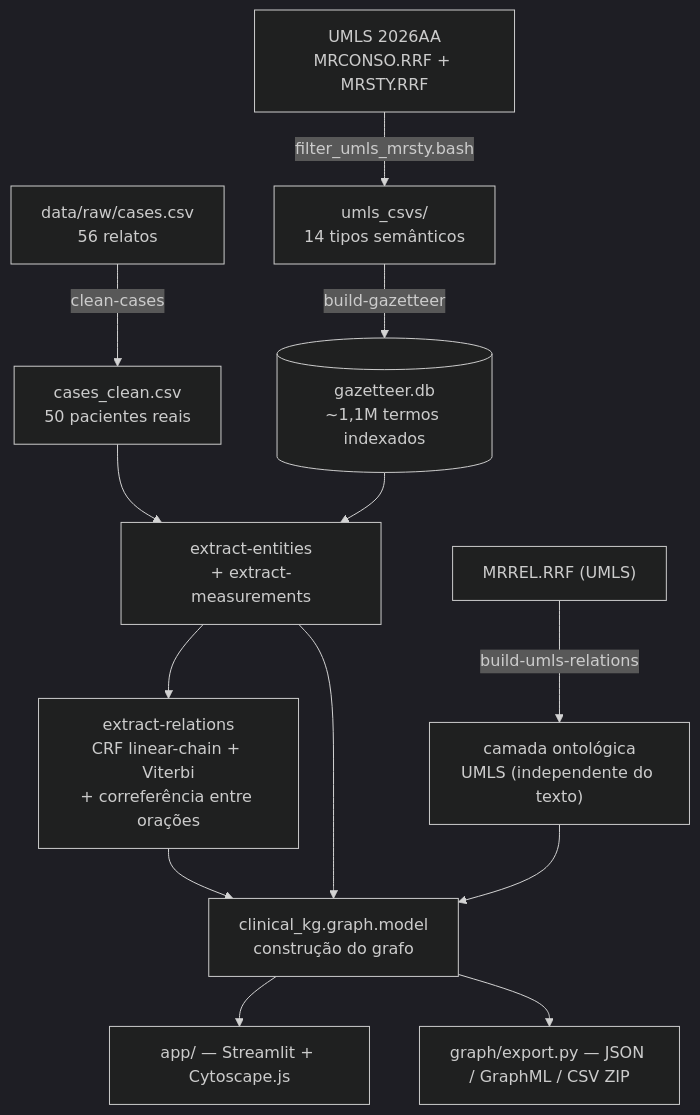
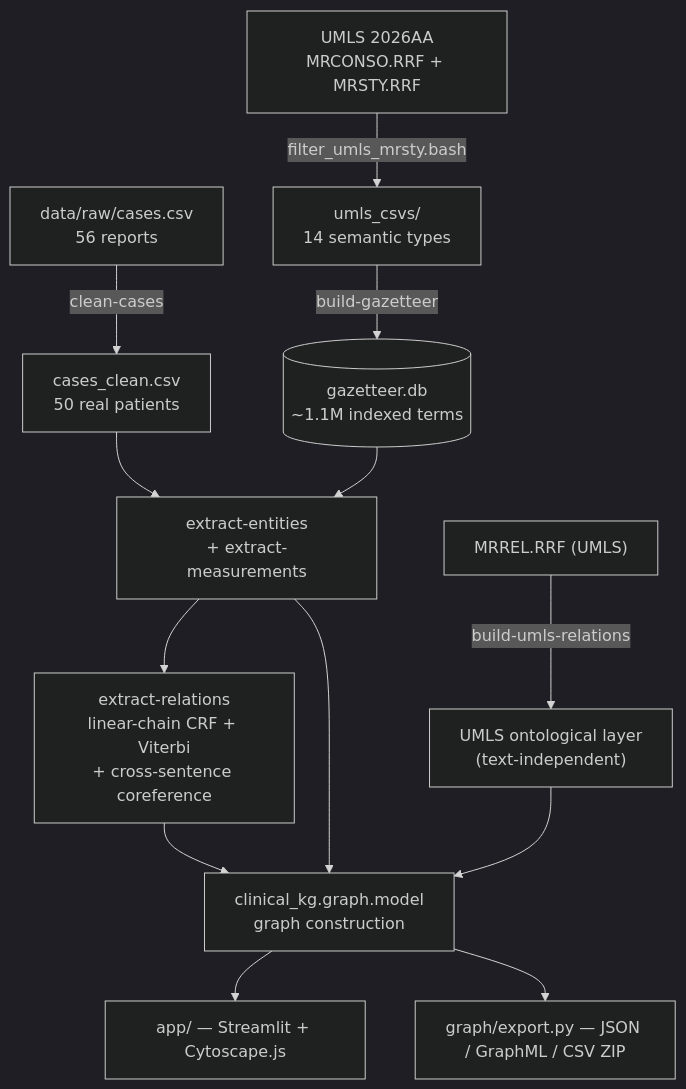
Before and after one commit to JaocHatter/Projeto-de-Natural-Language-Processing---Knowledge-Graph: the diagram in README.md, drawn with Mermaid (dark theme). The commit also changed other lines of this file and 1 other file, not shown here.

````diff
--- a/README.md
+++ b/README.md
@@ -15,15 +53,15 @@
 ```mermaid
 flowchart TD
-    A["data/raw/cases.csv<br/>56 relatos"] -->|clean-cases| B["cases_clean.csv<br/>50 pacientes reais"]
-    U1["UMLS 2026AA<br/>MRCONSO.RRF + MRSTY.RRF"] -->|filter_umls_mrsty.bash| U2["umls_csvs/<br/>14 tipos semânticos"]
-    U2 -->|build-gazetteer| G[("gazetteer.db<br/>~1,1M termos indexados")]
+    A["data/raw/cases.csv<br/>56 reports"] -->|clean-cases| B["cases_clean.csv<br/>50 real patients"]
+    U1["UMLS 2026AA<br/>MRCONSO.RRF + MRSTY.RRF"] -->|filter_umls_mrsty.bash| U2["umls_csvs/<br/>14 semantic types"]
+    U2 -->|build-gazetteer| G[("gazetteer.db<br/>~1.1M indexed terms")]
     B --> E["extract-entities<br/>+ extract-measurements"]
     G --> E
-    E --> R["extract-relations<br/>CRF linear-chain + Viterbi<br/>+ correferência entre orações"]
-    U3["MRREL.RRF (UMLS)"] -->|build-umls-relations| R2["camada ontológica<br/>UMLS (independente do texto)"]
-    R --> K["clinical_kg.graph.model<br/>construção do grafo"]
+    E --> R["extract-relations<br/>linear-chain CRF + Viterbi<br/>+ cross-sentence coreference"]
+    U3["MRREL.RRF (UMLS)"] -->|build-umls-relations| R2["UMLS ontological layer<br/>(text-independent)"]
+    R --> K["clinical_kg.graph.model<br/>graph construction"]
     R2 --> K
     E --> K
     K --> UI["app/ — Streamlit + Cytoscape.js"]
     K --> EX["graph/export.py — JSON / GraphML / CSV ZIP"]
 ```
````
